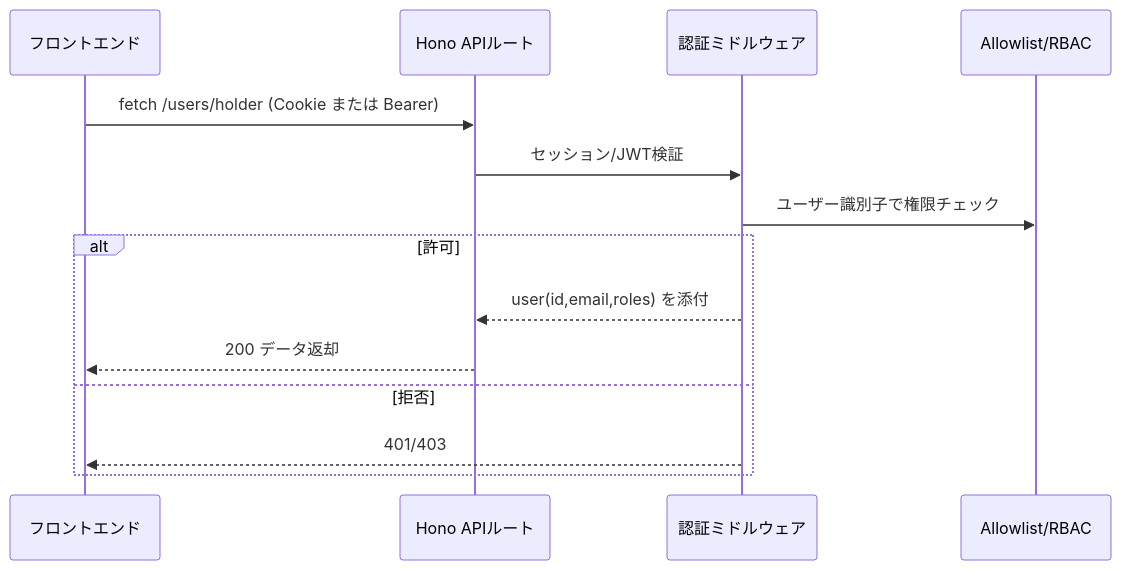
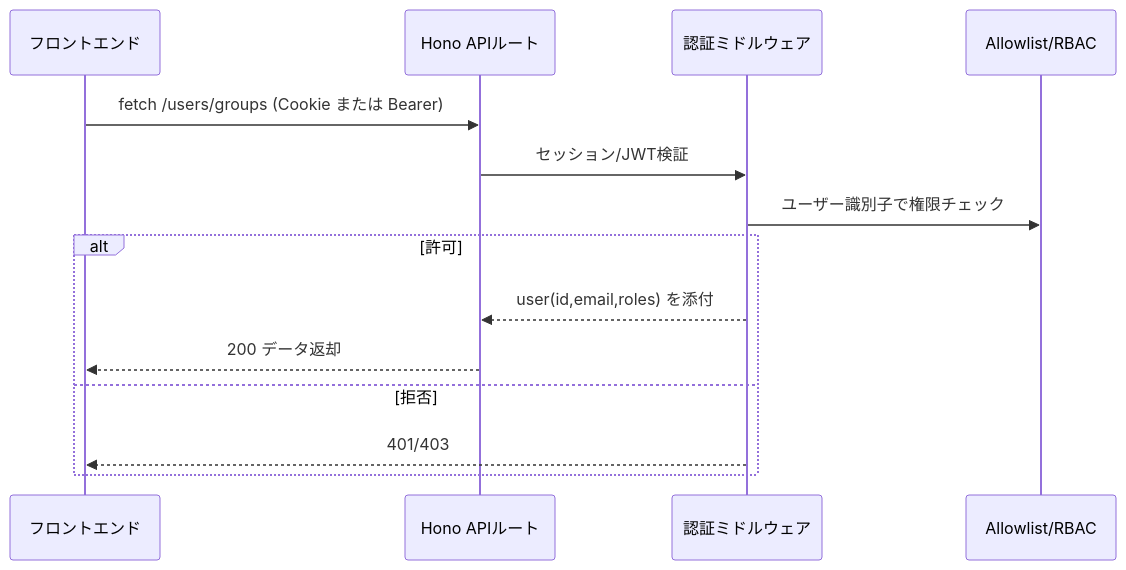
Before and after one commit to Toho-MLM/mlm-dx: the second of 2 diagrams in README.md, drawn with Mermaid. The commit also changed other lines of this file and 51 other files, not shown here.

````diff
--- a/README.md
+++ b/README.md
@@ -538,17 +538,17 @@
 ```mermaid
 sequenceDiagram
     participant F as フロントエンド
     participant A as Hono APIルート
     participant M as 認証ミドルウェア
     participant D as Allowlist/RBAC
 
-    F->>A: fetch /users/holder (Cookie または Bearer)
+    F->>A: fetch /users/groups (Cookie または Bearer)
     A->>M: セッション/JWT検証
     M->>D: ユーザー識別子で権限チェック
     alt 許可
         M-->>A: user(id,email,roles) を添付
         A-->>F: 200 データ返却
     else 拒否
         M-->>F: 401/403
     end
 ```
````
